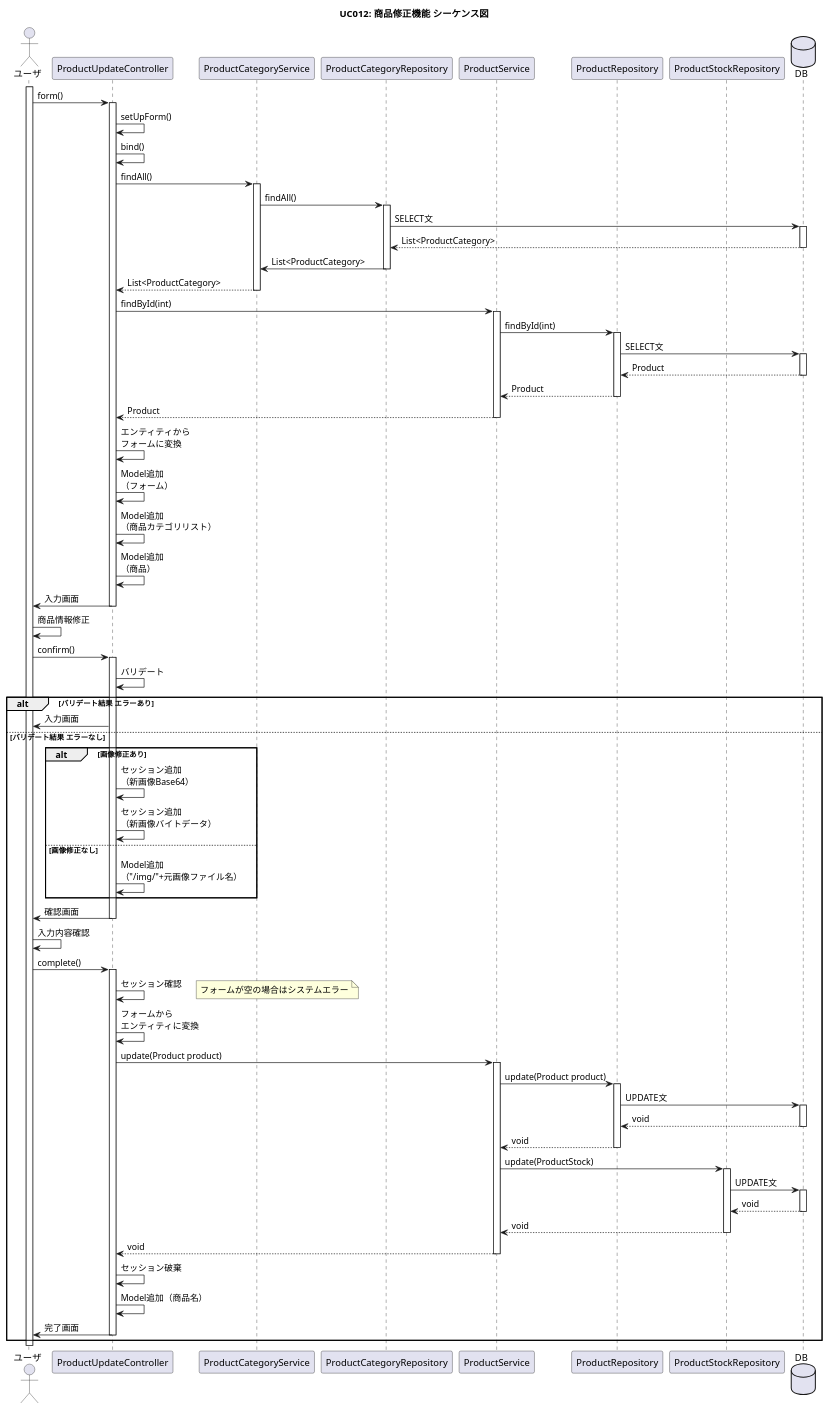
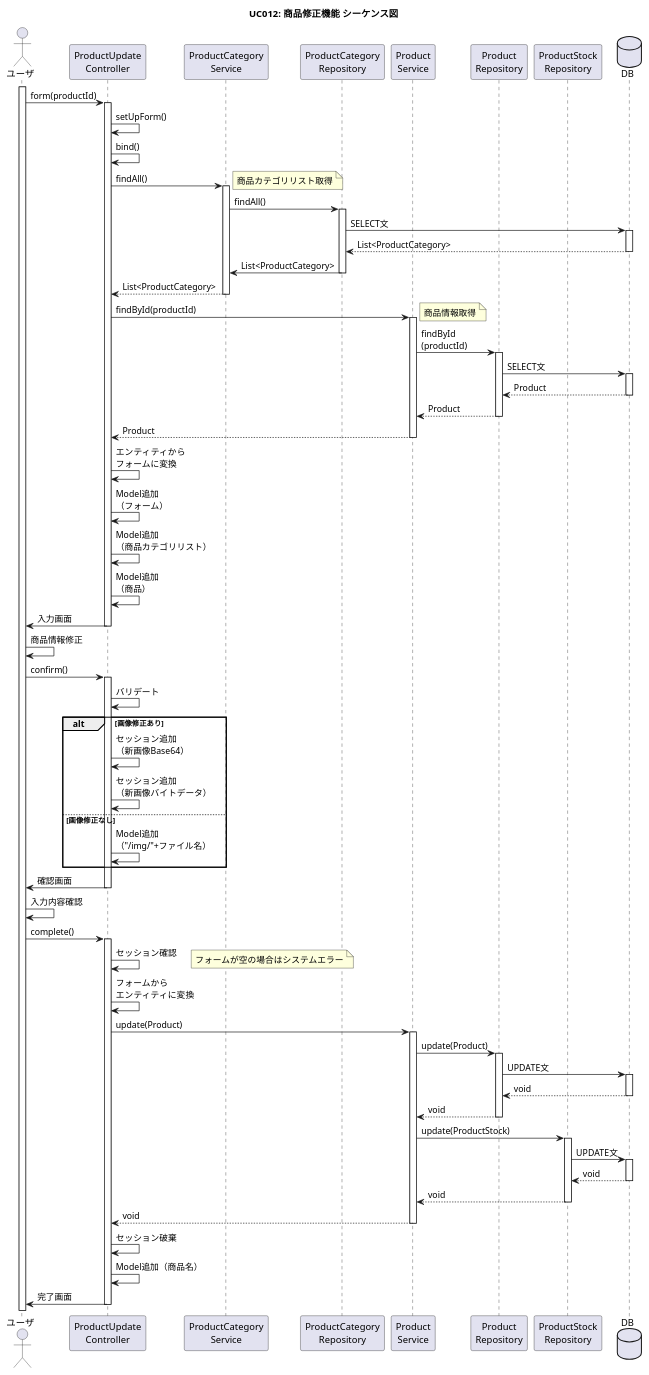
The diagram in plan/diagram/sequence/uc012_product_update.puml (imagepit/fullness-ec), drawn with PlantUML before and after one commit. The commit also changed 89 other files, not shown here.

```diff
--- a/plan/diagram/sequence/uc012_product_update.puml
+++ b/plan/diagram/sequence/uc012_product_update.puml
@@ -1,141 +1,71 @@
 @startuml
 
 title UC012: 商品修正機能 シーケンス図
 skinparam shadowing false
-'hide footbox
+actor "ユーザ" as user
+activate user
+participant "ProductUpdate\nController" as ctrl
+participant "ProductCategory\nService" as svc1
+participant "ProductCategory\nRepository" as repo1
+participant "Product\nService" as svc2
+participant "Product\nRepository" as repo2
+participant "ProductStock\nRepository" as repo3
+database DB as db
 
-actor ユーザ
+' 入力画面
+user -> ctrl ++ : form(productId)
+ctrl -> ctrl : setUpForm()
+ctrl -> ctrl : bind()
+ctrl -> svc1 ++ : findAll()
+note right: 商品カテゴリリスト取得
+svc1 -> repo1 ++ : findAll()
+repo1 -> db ++ : SELECT文
+db --> repo1 -- : List<ProductCategory>
+repo1 -> svc1 -- : List<ProductCategory>
+svc1 --> ctrl -- : List<ProductCategory>
+ctrl -> svc2 ++ : findById(productId)
+note right: 商品情報取得
+svc2 -> repo2 ++ : findById\n(productId)
+repo2 -> db ++ : SELECT文
+db --> repo2 -- : Product
+repo2 --> svc2 -- : Product
+svc2 --> ctrl -- : Product
+ctrl -> ctrl : エンティティから\nフォームに変換
+ctrl -> ctrl : Model追加\n（フォーム）
+ctrl -> ctrl : Model追加\n（商品カテゴリリスト）
+ctrl -> ctrl : Model追加\n（商品）
+ctrl -> user -- : 入力画面
 
-activate ユーザ
+' 確認画面
+user -> user : 商品情報修正
+user -> ctrl ++ : confirm()
+ctrl -> ctrl : バリデート
+alt 画像修正あり
+    ctrl -> ctrl : セッション追加\n（新画像Base64）
+    ctrl -> ctrl : セッション追加\n（新画像バイトデータ）
+else 画像修正なし
+    ctrl -> ctrl : Model追加\n（"/img/"+ファイル名）
+end
+ctrl -> user -- : 確認画面
 
-ユーザ -> ProductUpdateController : form()
-activate ProductUpdateController
-
-ProductUpdateController -> ProductUpdateController : setUpForm()
-'note right: セッション生成
-
-ProductUpdateController -> ProductUpdateController : bind()
-
-ProductUpdateController -> ProductCategoryService : findAll()
-activate ProductCategoryService
-
-ProductCategoryService -> ProductCategoryRepository : findAll()
-activate ProductCategoryRepository
-
-participant ProductService
-
-participant ProductRepository
-
-participant ProductStockRepository
-
-database DB
-
-ProductCategoryRepository -> DB : SELECT文
-activate DB
-
-DB --> ProductCategoryRepository : List<ProductCategory>
-deactivate DB
-
-ProductCategoryRepository -> ProductCategoryService : List<ProductCategory>
-deactivate ProductCategoryRepository
-
-ProductCategoryService --> ProductUpdateController : List<ProductCategory>
-deactivate ProductCategoryService
-
-ProductUpdateController -> ProductService : findById(int)
-activate ProductService
-
-ProductService -> ProductRepository : findById(int)
-activate ProductRepository
-
-ProductRepository -> DB : SELECT文
-activate DB
-
-DB --> ProductRepository : Product
-deactivate DB
-
-ProductRepository --> ProductService : Product
-deactivate ProductRepository
-
-ProductService --> ProductUpdateController : Product
-deactivate ProductService
-
-ProductUpdateController -> ProductUpdateController : エンティティから\nフォームに変換
-ProductUpdateController -> ProductUpdateController : Model追加\n（フォーム）
-ProductUpdateController -> ProductUpdateController : Model追加\n（商品カテゴリリスト）
-ProductUpdateController -> ProductUpdateController : Model追加\n（商品）
-
-ProductUpdateController -> ユーザ : 入力画面
-deactivate ProductUpdateController
-
-ユーザ -> ユーザ : 商品情報修正
-
-ユーザ -> ProductUpdateController : confirm()
-activate ProductUpdateController
-
-ProductUpdateController -> ProductUpdateController : バリデート
-
-alt バリデート結果 エラーあり
-    ProductUpdateController -> ユーザ : 入力画面
-else バリデート結果 エラーなし
-    alt 画像修正あり
-        ProductUpdateController -> ProductUpdateController : セッション追加\n（新画像Base64）
-        ProductUpdateController -> ProductUpdateController : セッション追加\n（新画像バイトデータ）
-    else 画像修正なし
-        ProductUpdateController -> ProductUpdateController : Model追加\n（"/img/"+元画像ファイル名）
-    end
-    ProductUpdateController -> ユーザ : 確認画面
-    deactivate ProductUpdateController
-
-    ユーザ -> ユーザ : 入力内容確認
-
-    ユーザ -> ProductUpdateController : complete()
-    activate ProductUpdateController
-
-    ProductUpdateController -> ProductUpdateController : セッション確認
-    note right: フォームが空の場合はシステムエラー
-
-    ProductUpdateController -> ProductUpdateController : フォームから\nエンティティに変換
-
-    ProductUpdateController -> ProductService : update(Product product)
-    activate ProductService
-
-    ProductService -> ProductRepository : update(Product product)
-    activate ProductRepository
-
-    ProductRepository -> DB : UPDATE文
-
-    activate DB
-
-    DB --> ProductRepository : void
-
-    deactivate DB
-
-    ProductRepository --> ProductService : void
-    deactivate ProductRepository
-
-    ProductService -> ProductStockRepository : update(ProductStock)
-    activate ProductStockRepository
-
-    ProductStockRepository -> DB : UPDATE文
-    activate DB
-
-    DB --> ProductStockRepository : void
-
-    deactivate DB
-
-    ProductStockRepository --> ProductService : void
-    deactivate ProductStockRepository
-
-    ProductService --> ProductUpdateController : void
-    deactivate ProductService
-
-    ProductUpdateController -> ProductUpdateController : セッション破棄
-
-    ProductUpdateController -> ProductUpdateController : Model追加（商品名）
-
-    ProductUpdateController -> ユーザ : 完了画面
-    deactivate ProductUpdateController
-end
+' 完了画面
+user -> user : 入力内容確認
+user -> ctrl ++ : complete()
+ctrl -> ctrl : セッション確認
+note right: フォームが空の場合はシステムエラー
+ctrl -> ctrl : フォームから\nエンティティに変換
+ctrl -> svc2 ++ : update(Product)
+svc2 -> repo2 ++ : update(Product)
+repo2 -> db ++ : UPDATE文
+db --> repo2 -- : void
+repo2 --> svc2 -- : void
+svc2 -> repo3 ++ : update(ProductStock)
+repo3 -> db ++ : UPDATE文
+db --> repo3 -- : void
+repo3 --> svc2 -- : void
+svc2 --> ctrl -- : void
+ctrl -> ctrl : セッション破棄
+ctrl -> ctrl : Model追加（商品名）
+ctrl -> user -- : 完了画面
 
 @enduml
```
